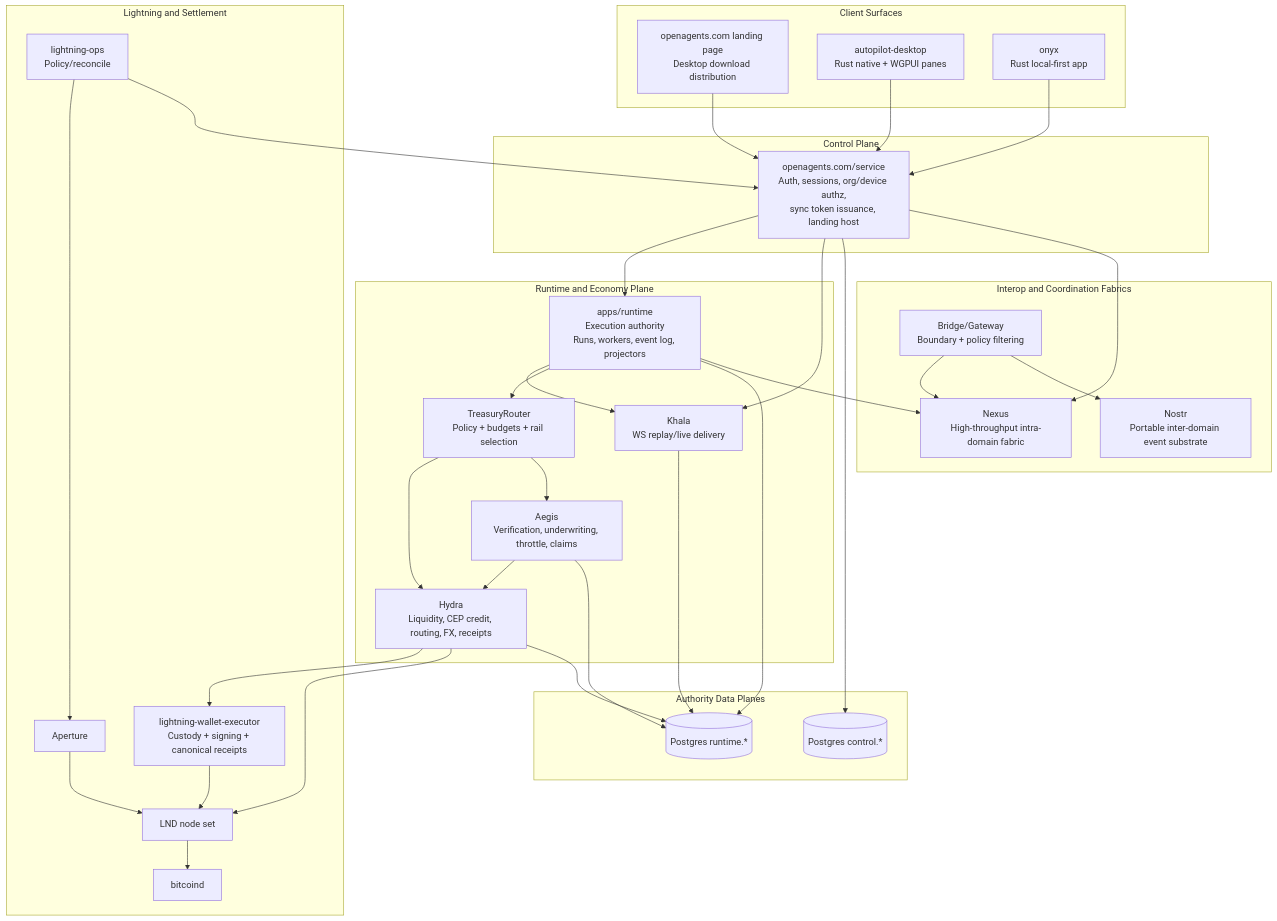
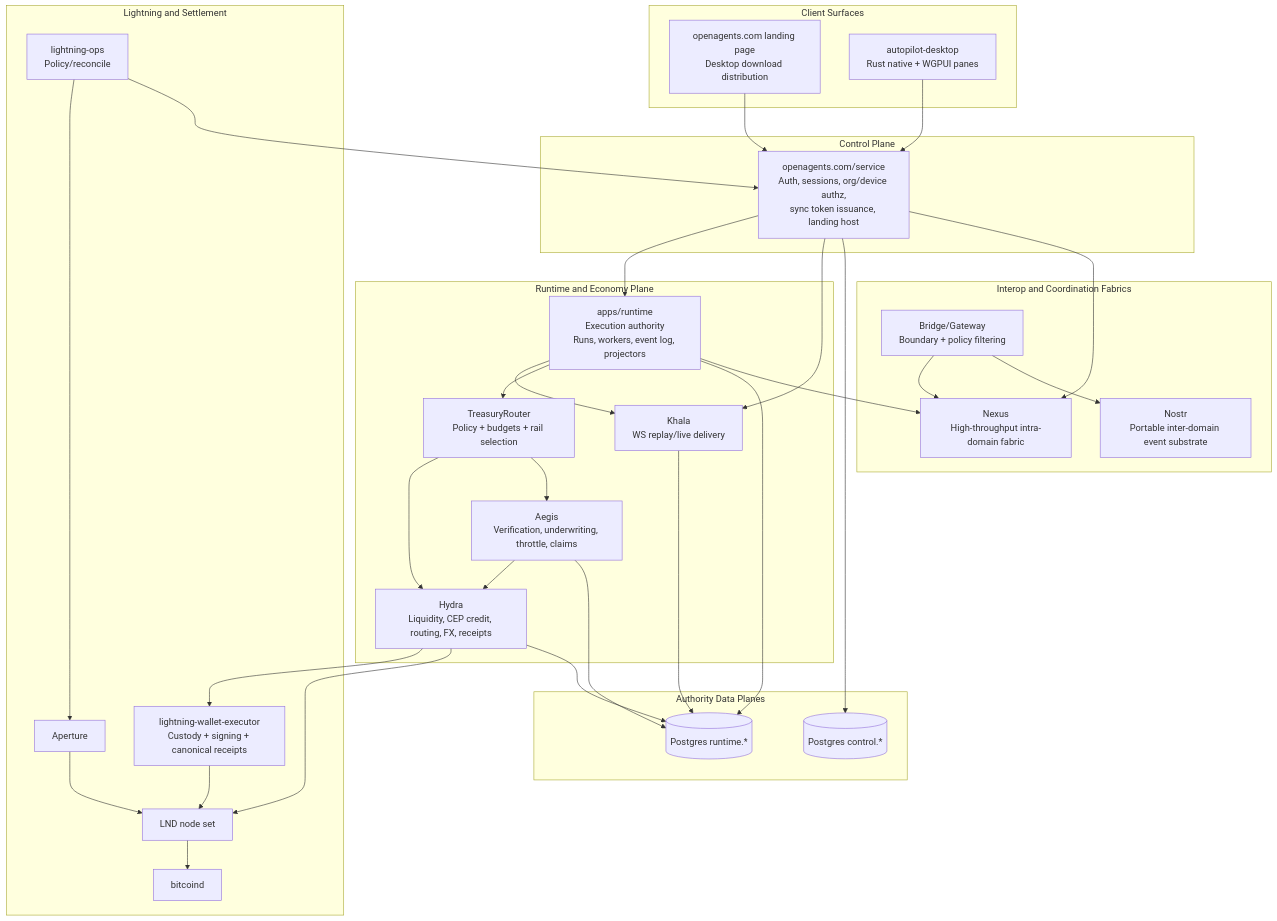
One commit to OpenAgentsInc/openagents changed the diagram in docs/core/ARCHITECTURE.md. Above: the diagram before and after it, drawn with Mermaid. The commit also changed other lines of this file and 2 other files, not shown here.

````diff
--- a/docs/core/ARCHITECTURE.md
+++ b/docs/core/ARCHITECTURE.md
@@ -54,71 +54,69 @@
 ```mermaid
 flowchart TB
   subgraph surfaces[Client Surfaces]
     web[openagents.com landing page\nDesktop download distribution]
     desktop[autopilot-desktop\nRust native + WGPUI panes]
-    onyx[onyx\nRust local-first app]
   end
 
   subgraph controlplane[Control Plane]
     control[openagents.com/service\nAuth, sessions, org/device authz,\nsync token issuance, landing host]
   end
 
   subgraph runtimeplane[Runtime and Economy Plane]
     runtime[apps/runtime\nExecution authority\nRuns, workers, event log, projectors]
     treasury[TreasuryRouter\nPolicy + budgets + rail selection]
     hydra[Hydra\nLiquidity, CEP credit, routing, FX, receipts]
     aegis[Aegis\nVerification, underwriting, throttle, claims]
     khala[Khala\nWS replay/live delivery]
   end
 
   subgraph data[Authority Data Planes]
     controlDb[(Postgres control.*)]
     runtimeDb[(Postgres runtime.*)]
   end
 
   subgraph payments[Lightning and Settlement]
     lops[lightning-ops\nPolicy/reconcile]
     lwe[lightning-wallet-executor\nCustody + signing + canonical receipts]
     aperture[Aperture]
     lnd[LND node set]
     bitcoind[bitcoind]
   end
 
   subgraph fabrics[Interop and Coordination Fabrics]
     nexus[Nexus\nHigh-throughput intra-domain fabric]
     bridge[Bridge/Gateway\nBoundary + policy filtering]
     nostr[Nostr\nPortable inter-domain event substrate]
   end
 
   web --> control
   desktop --> control
-  onyx --> control
 
   control --> runtime
   runtime --> khala
   control --> khala
 
   runtime --> treasury
   treasury --> hydra
   treasury --> aegis
   aegis --> hydra
 
   hydra --> lwe
   hydra --> lnd
   lops --> aperture
   lops --> control
   lwe --> lnd
   aperture --> lnd
   lnd --> bitcoind
 
   control --> controlDb
   runtime --> runtimeDb
   khala --> runtimeDb
   hydra --> runtimeDb
   aegis --> runtimeDb
 
   runtime --> nexus
   control --> nexus
   bridge --> nexus
   bridge --> nostr
 ```
````
